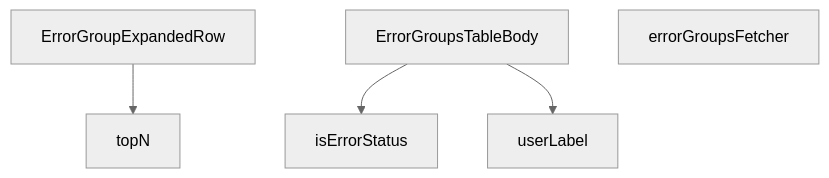
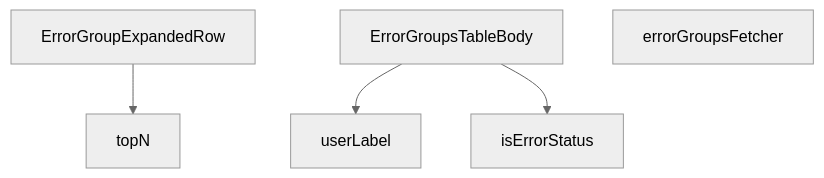
Before and after one commit to peckop/venthub-hvac-esite: the diagram in src/views/admin/ErrorGroupsTableBody.md, drawn with Mermaid (neutral theme). The commit also changed other lines of this file and 105 other files, not shown here.

````diff
--- a/src/views/admin/ErrorGroupsTableBody.md
+++ b/src/views/admin/ErrorGroupsTableBody.md
@@ -258,12 +258,12 @@
 ```mermaid
 graph TD
     ErrorGroupsTableBody_tsx__ErrorGroupExpandedRow["ErrorGroupExpandedRow"]
     ErrorGroupsTableBody_tsx__ErrorGroupsTableBody["ErrorGroupsTableBody"]
     ErrorGroupsTableBody_tsx__errorGroupsFetcher["errorGroupsFetcher"]
     ErrorGroupsTableBody_tsx__isErrorStatus["isErrorStatus"]
     ErrorGroupsTableBody_tsx__topN["topN"]
     ErrorGroupsTableBody_tsx__userLabel["userLabel"]
-    ErrorGroupsTableBody_tsx__ErrorGroupsTableBody --> ErrorGroupsTableBody_tsx__isErrorStatus
     ErrorGroupsTableBody_tsx__ErrorGroupExpandedRow --> ErrorGroupsTableBody_tsx__topN
     ErrorGroupsTableBody_tsx__ErrorGroupsTableBody --> ErrorGroupsTableBody_tsx__userLabel
+    ErrorGroupsTableBody_tsx__ErrorGroupsTableBody --> ErrorGroupsTableBody_tsx__isErrorStatus
 ```
````
